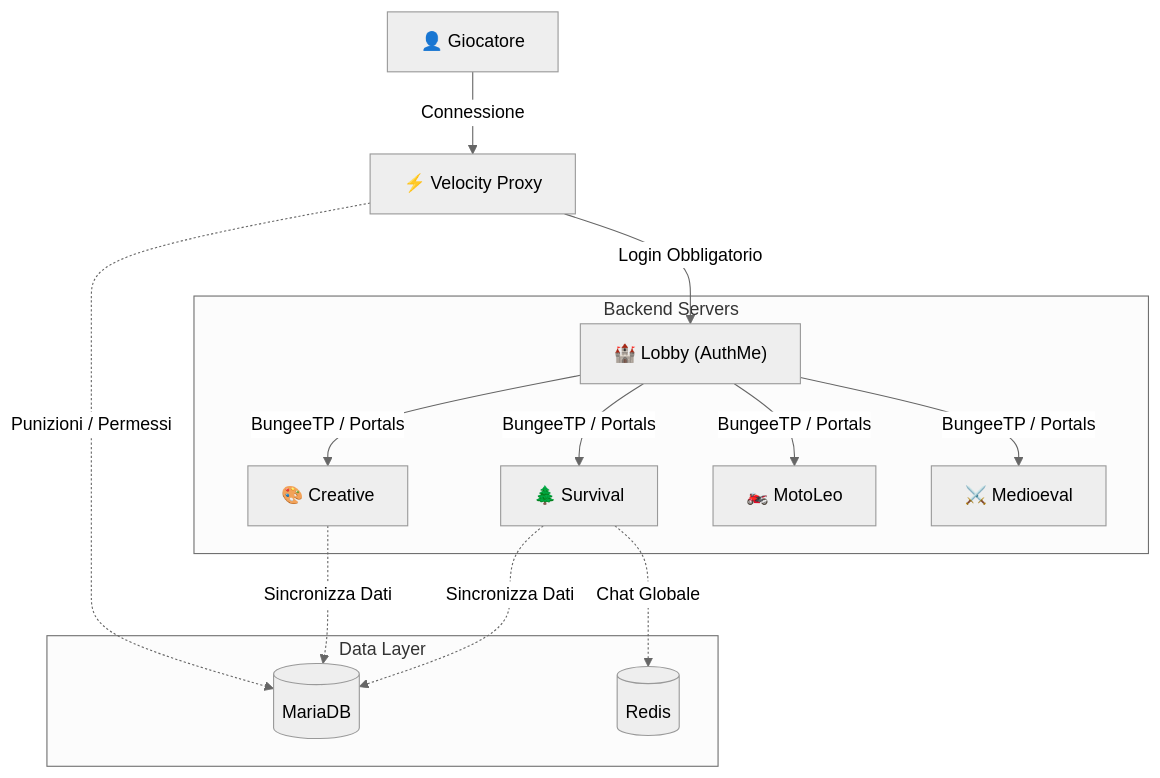
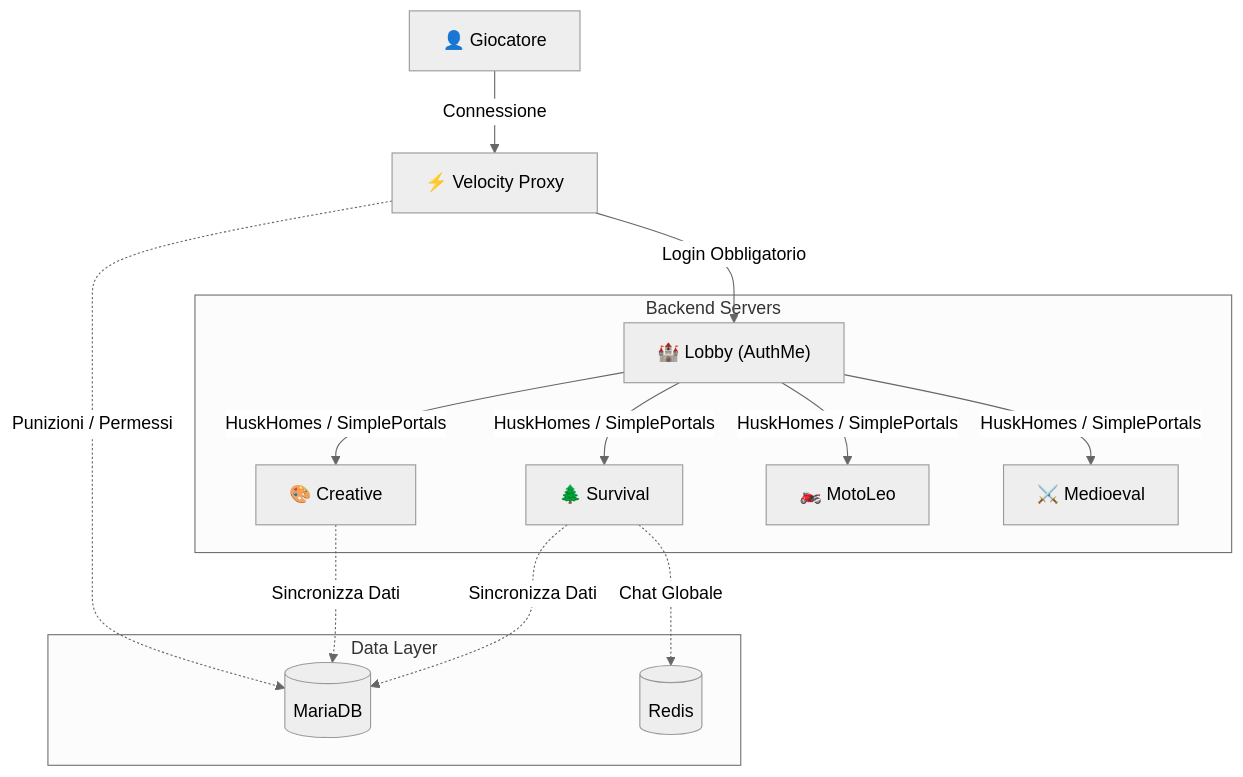
Before and after one commit to AlfioSaitta/MC-Panel: the first of 3 diagrams in GUIDE.md, drawn with Mermaid (neutral theme). The commit also changed other lines of this file and 24 other files, not shown here.

First line of the commit message:
chore: major architectural overhaul & security fixes

````diff
--- a/GUIDE.md
+++ b/GUIDE.md
@@ -29,28 +29,28 @@
 ```mermaid
 flowchart TD
     Player["👤 Giocatore"] -->|Connessione| Proxy["⚡ Velocity Proxy"]
     
     subgraph Backend Servers
         Lobby["🏰 Lobby (AuthMe)"]
         Survival["🌲 Survival"]
         Creative["🎨 Creative"]
         Moto["🏍️ MotoLeo"]
         Medioeval["⚔️ Medioeval"]
     end
 
     Proxy -->|Login Obbligatorio| Lobby
-    Lobby -->|BungeeTP / Portals| Survival
-    Lobby -->|BungeeTP / Portals| Creative
-    Lobby -->|BungeeTP / Portals| Moto
-    Lobby -->|BungeeTP / Portals| Medioeval
+    Lobby -->|HuskHomes / SimplePortals| Survival
+    Lobby -->|HuskHomes / SimplePortals| Creative
+    Lobby -->|HuskHomes / SimplePortals| Moto
+    Lobby -->|HuskHomes / SimplePortals| Medioeval
 
     subgraph Data Layer
         DB[("MariaDB")]
         Redis[("Redis")]
     end
     
     Survival -.-> |Sincronizza Dati| DB
     Creative -.-> |Sincronizza Dati| DB
     Survival -.-> |Chat Globale| Redis
     Proxy -.-> |Punizioni / Permessi| DB
 ```
````
